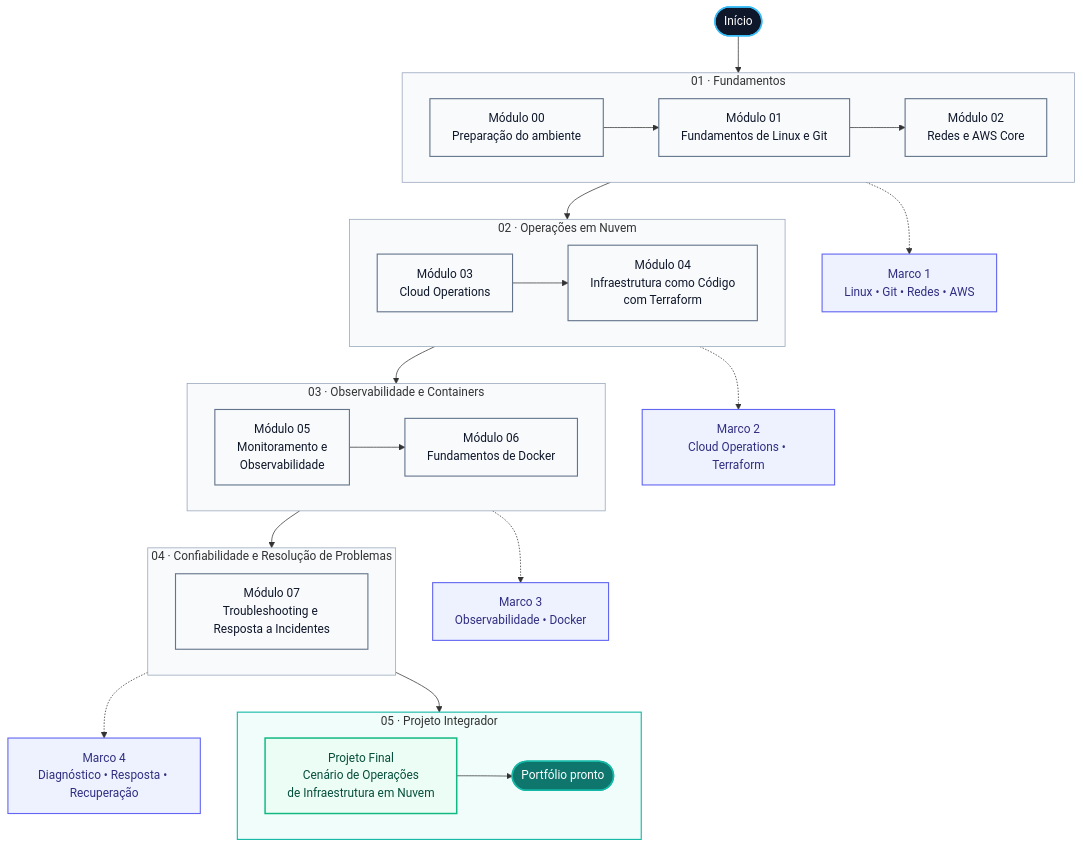
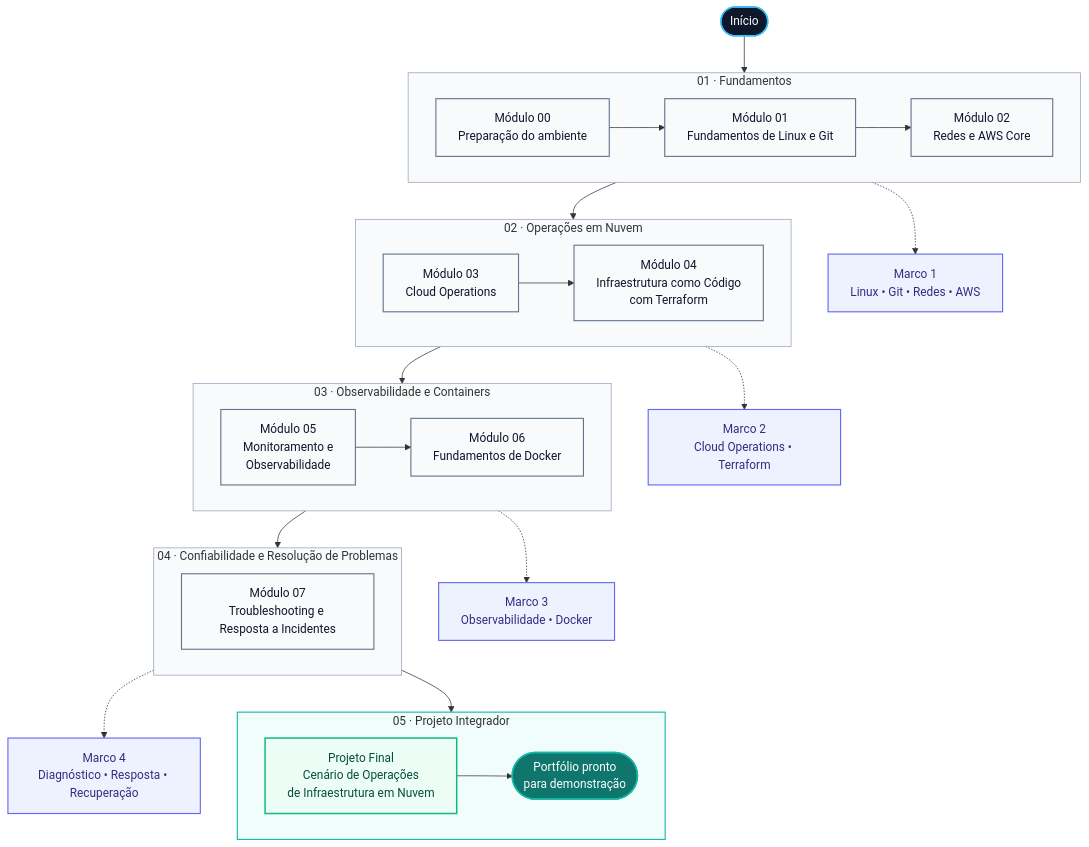
Before and after one commit to itamarsb/cloud-infrastructure-operations-lab: the first of 2 diagrams in docs/roadmap.md, drawn with Mermaid.

````diff
--- a/docs/roadmap.md
+++ b/docs/roadmap.md
@@ -38,72 +38,72 @@
 ```mermaid
 flowchart TB
     START([Início])
 
     subgraph F1["01 · Fundamentos"]
         direction LR
         M00["Módulo 00<br/>Preparação do ambiente"]
         M01["Módulo 01<br/>Fundamentos de Linux e Git"]
         M02["Módulo 02<br/>Redes e AWS Core"]
         M00 --> M01 --> M02
     end
 
     subgraph F2["02 · Operações em Nuvem"]
         direction LR
         M03["Módulo 03<br/>Cloud Operations"]
         M04["Módulo 04<br/>Infraestrutura como Código<br/>com Terraform"]
         M03 --> M04
     end
 
     subgraph F3["03 · Observabilidade e Containers"]
         direction LR
         M05["Módulo 05<br/>Monitoramento e<br/>Observabilidade"]
         M06["Módulo 06<br/>Fundamentos de Docker"]
         M05 --> M06
     end
 
     subgraph F4["04 · Confiabilidade e Resolução de Problemas"]
         direction LR
         M07["Módulo 07<br/>Troubleshooting e Resposta a Incidentes"]
     end
 
     subgraph F5["05 · Projeto Integrador"]
         direction LR
         M08["Projeto Final<br/>Cenário de Operações<br/>de Infraestrutura em Nuvem"]
-        DONE([Portfólio pronto])
+        DONE([Portfólio pronto<br/>para demonstração])
         M08 --> DONE
     end
 
     START --> M00
     M02 --> M03
     M04 --> M05
     M06 --> M07
     M07 --> M08
 
     C1["Marco 1<br/>Linux • Git • Redes • AWS"]
     C2["Marco 2<br/>Cloud Operations • Terraform"]
     C3["Marco 3<br/>Observabilidade • Docker"]
     C4["Marco 4<br/>Diagnóstico • Resposta • Recuperação"]
 
     M02 -.-> C1
     M04 -.-> C2
     M06 -.-> C3
     M07 -.-> C4
 
     classDef start fill:#0f172a,stroke:#38bdf8,color:#ffffff,stroke-width:2px;
     classDef module fill:#f8fafc,stroke:#64748b,color:#0f172a,stroke-width:1.5px;
     classDef milestone fill:#eef2ff,stroke:#6366f1,color:#312e81,stroke-width:1.5px;
     classDef final fill:#ecfdf5,stroke:#10b981,color:#064e3b,stroke-width:2px;
     classDef finish fill:#0f766e,stroke:#14b8a6,color:#ffffff,stroke-width:2px;
 
     class START start;
     class M00,M01,M02,M03,M04,M05,M06,M07 module;
     class C1,C2,C3,C4 milestone;
     class M08 final;
     class DONE finish;
 
     style F1 fill:#f8fafc,stroke:#94a3b8,stroke-width:1px
     style F2 fill:#f8fafc,stroke:#94a3b8,stroke-width:1px
     style F3 fill:#f8fafc,stroke:#94a3b8,stroke-width:1px
     style F4 fill:#f8fafc,stroke:#94a3b8,stroke-width:1px
     style F5 fill:#f0fdfa,stroke:#14b8a6,stroke-width:1.5px
 ```
````
